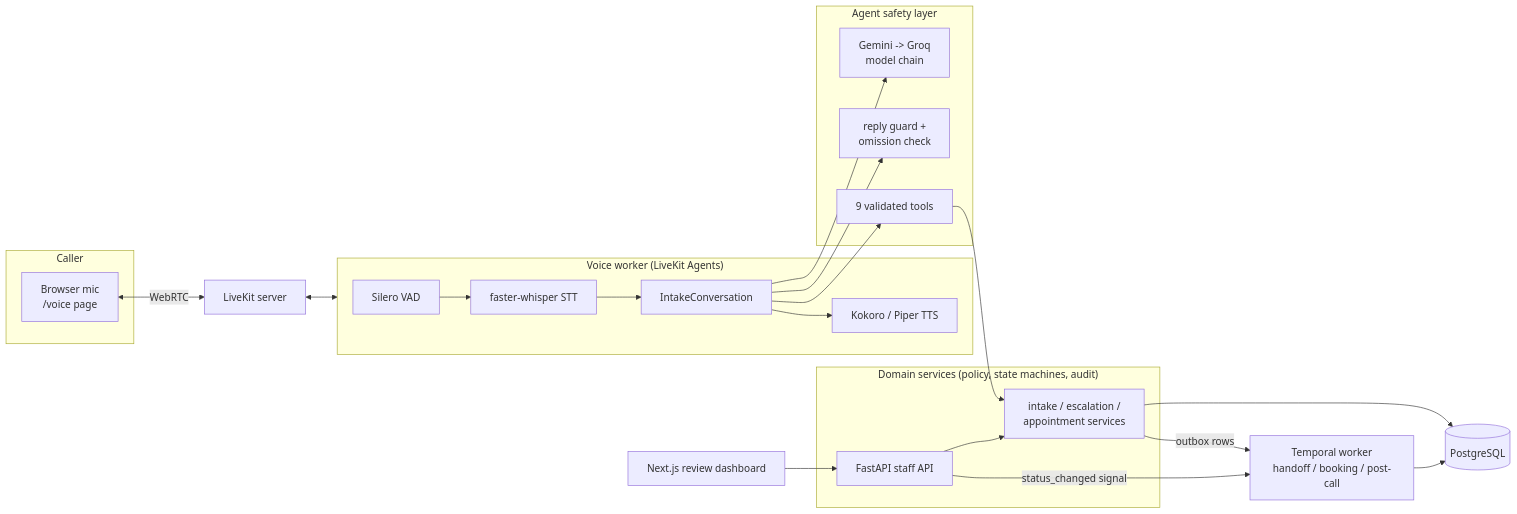
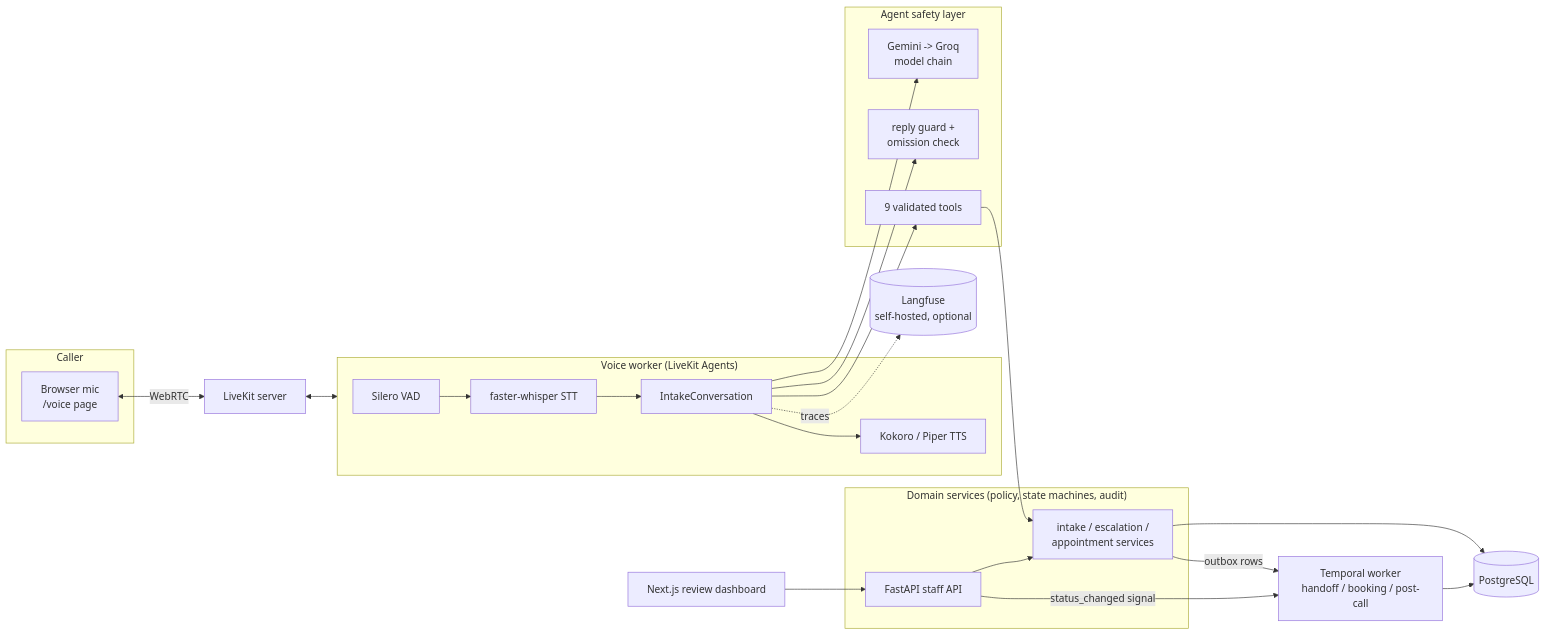
The first of 2 diagrams in README.md (kshitij189/Legal-Intake-Agent), drawn with Mermaid before and after one commit. The commit also changed other lines of this file and 28 other files, not shown here.

````diff
--- a/README.md
+++ b/README.md
@@ -23,26 +23,27 @@
 ```mermaid
 flowchart LR
     subgraph Caller
         MIC[Browser mic<br/>/voice page]
     end
     subgraph Voice["Voice worker (LiveKit Agents)"]
         VAD[Silero VAD] --> STT[faster-whisper STT]
         STT --> CONV[IntakeConversation]
         CONV --> TTS[Kokoro / Piper TTS]
     end
     subgraph Agent["Agent safety layer"]
         CONV --> LLM[Gemini -> Groq<br/>model chain]
         CONV --> GUARD[reply guard +<br/>omission check]
         CONV --> TOOLS[9 validated tools]
     end
     subgraph Core["Domain services (policy, state machines, audit)"]
         TOOLS --> DOM[intake / escalation /<br/>appointment services]
         API[FastAPI staff API] --> DOM
     end
     DOM --> PG[(PostgreSQL)]
     DOM -- outbox rows --> TW[Temporal worker<br/>handoff / booking / post-call]
     TW --> PG
     DASH[Next.js review dashboard] --> API
     API -- status_changed signal --> TW
+    CONV -. traces .-> LF[(Langfuse<br/>self-hosted, optional)]
     MIC <-- WebRTC --> LK[LiveKit server] <--> Voice
 ```
````
